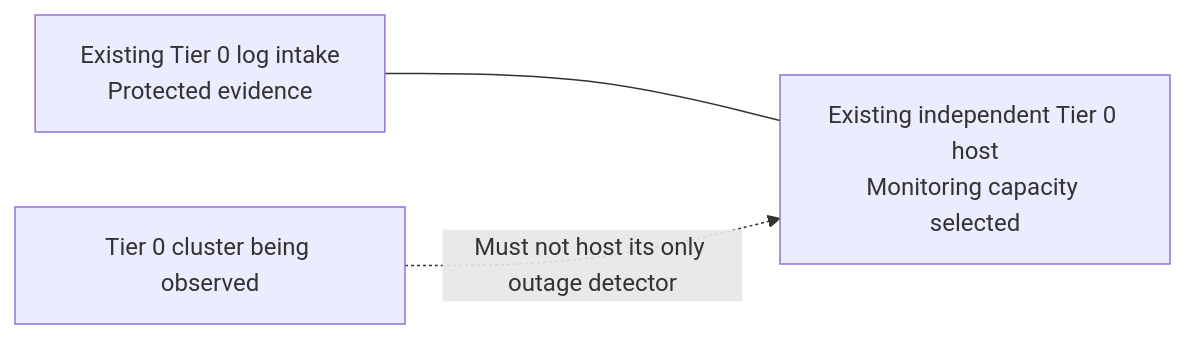
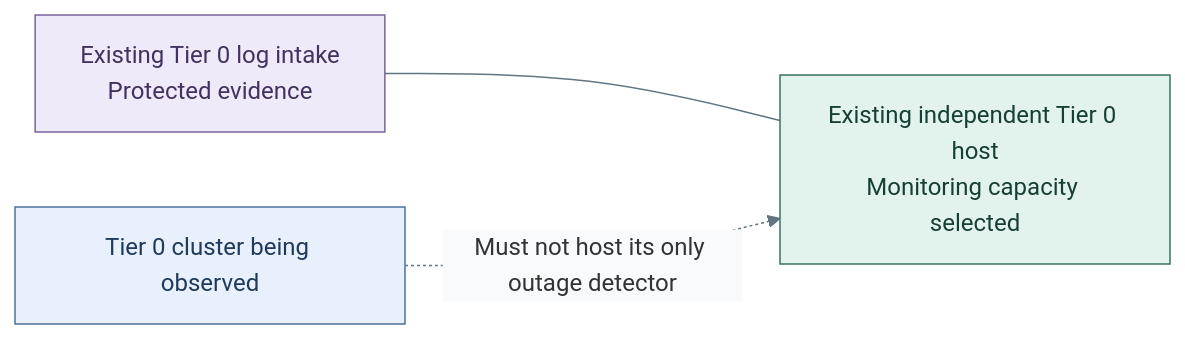
The first of 3 diagrams in docs/deployment/stage-4-control-services/monitoring.md (Rexus/homelab), drawn with Mermaid before and after one commit. The commit also changed other lines of this file and 49 other files, not shown here.

Commit message:
docs(diagrams): clarify tier layouts and visual styles

````diff
--- a/docs/deployment/stage-4-control-services/monitoring.md
+++ b/docs/deployment/stage-4-control-services/monitoring.md
@@ -23,5 +23,13 @@
 ```mermaid
+%%{init: {"theme":"base","themeVariables":{"lineColor":"#627581","edgeLabelBackground":"#f8fafc"}}}%%
 flowchart LR
   Existing["Existing Tier 0 log intake<br/>Protected evidence"] --- Host["Existing independent Tier 0 host<br/>Monitoring capacity selected"]
   Cluster["Tier 0 cluster being observed"] -. Must not host its only outage detector .-> Host
+  classDef default fill:#f8fafc,stroke:#64748b,color:#1f2937
+  classDef data fill:#eeeafa,stroke:#78639b,color:#42325d
+  classDef control fill:#e2f3ed,stroke:#397366,color:#173f36
+  classDef services fill:#e7f0fc,stroke:#4d719b,color:#203a5b
+  class Existing data
+  class Host control
+  class Cluster services
 ```
````
